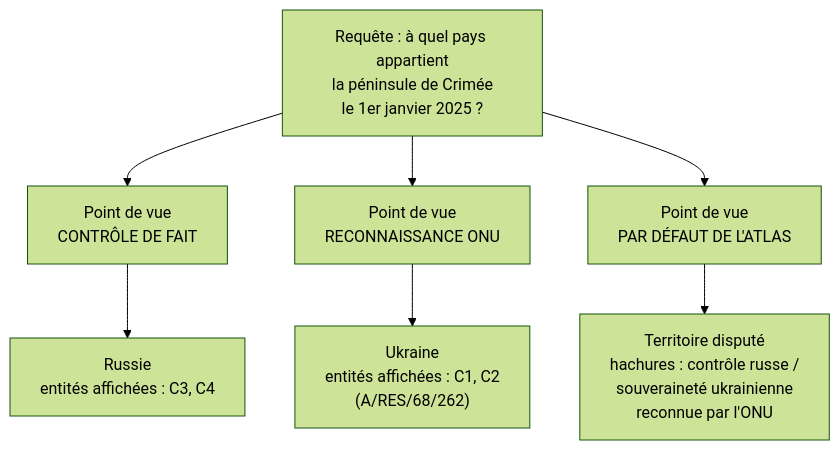
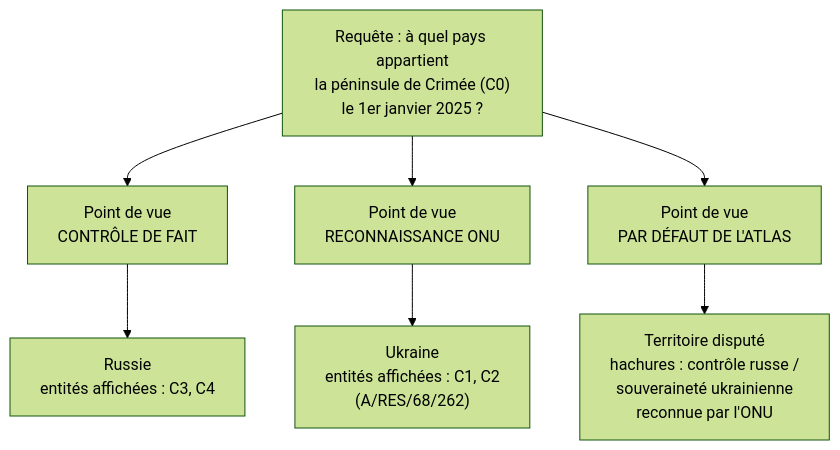
The fifth of 5 diagrams in docs/modele-donnees.md (Lukianos76/atlas), drawn with Mermaid (forest theme) before and after one commit. The commit also changed other lines of this file, not shown here.

````diff
--- a/docs/modele-donnees.md
+++ b/docs/modele-donnees.md
@@ -725,10 +989,10 @@
 ```mermaid
 flowchart TB
-    Q["Requête : à quel pays appartient<br/>la péninsule de Crimée<br/>le 1er janvier 2025 ?"]
+    Q["Requête : à quel pays appartient<br/>la péninsule de Crimée (C0)<br/>le 1er janvier 2025 ?"]
     Q --> PV1["Point de vue<br/>CONTRÔLE DE FAIT"]
     Q --> PV2["Point de vue<br/>RECONNAISSANCE ONU"]
     Q --> PV3["Point de vue<br/>PAR DÉFAUT DE L'ATLAS"]
     PV1 --> R1["Russie<br/>entités affichées : C3, C4"]
     PV2 --> R2["Ukraine<br/>entités affichées : C1, C2<br/>(A/RES/68/262)"]
     PV3 --> R3["Territoire disputé<br/>hachures : contrôle russe /<br/>souveraineté ukrainienne<br/>reconnue par l'ONU"]
 ```
````
